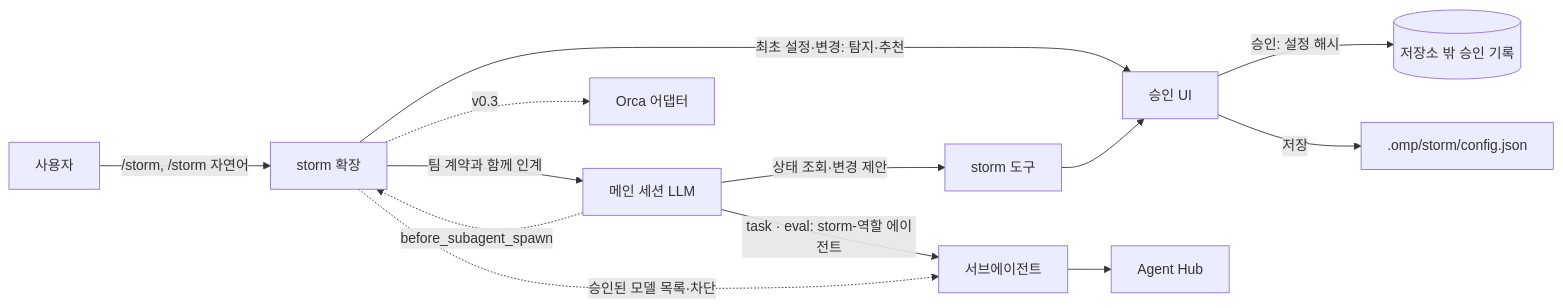
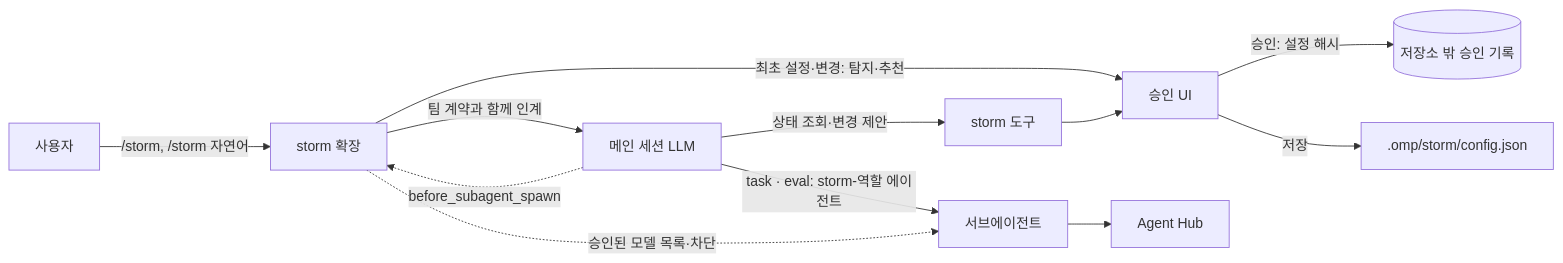
One commit to dhkimxx/omp-storm changed the diagram in docs/plan.md. Above: the diagram before and after it, drawn with Mermaid. The commit also changed other lines of this file and 2 other files, not shown here.

First line of the commit message:
docs: Orca 어댑터 계획 제거

````diff
--- a/docs/plan.md
+++ b/docs/plan.md
@@ -99,15 +99,14 @@
 ```mermaid
 flowchart LR
   U[사용자] -->|/storm, /storm 자연어| X[storm 확장]
   X -->|최초 설정·변경: 탐지·추천| R[승인 UI]
   R -->|승인: 설정 해시| A[(저장소 밖 승인 기록)]
   R -->|저장| C[.omp/storm/config.json]
   X -->|팀 계약과 함께 인계| M[메인 세션 LLM]
   M -->|상태 조회·변경 제안| T[storm 도구]
   T --> R
   M -->|task · eval: storm-역할 에이전트| W[서브에이전트]
   M -.->|before_subagent_spawn| X
   X -.->|승인된 모델 목록·차단| W
   W --> H[Agent Hub]
-  X -.->|v0.3| O[Orca 어댑터]
 ```
````
